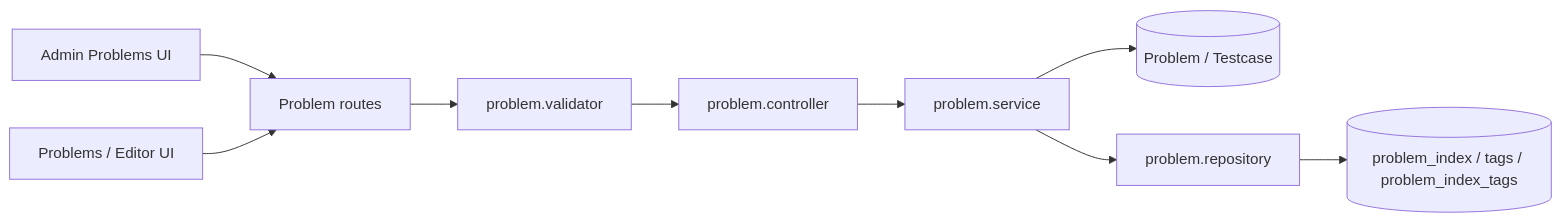
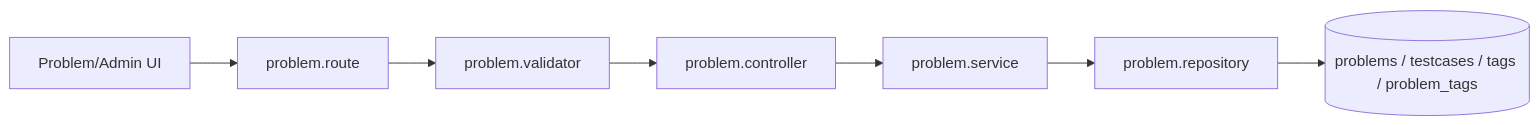
Before and after one commit to JamesHarrision/fessior-oj-backend: the second of 8 diagrams in docs/feature-flows.md, drawn with Mermaid. The commit also changed other lines of this file and 15 other files, not shown here.

Commit message:
docs: document simplified mysql architecture

````diff
--- a/docs/feature-flows.md
+++ b/docs/feature-flows.md
@@ -43,11 +33,9 @@
 ```mermaid
 flowchart LR
-  AdminFE[Admin Problems UI] --> API[Problem routes]
-  UserFE[Problems / Editor UI] --> API
+  FE[Problem/Admin UI] --> API[problem.route]
   API --> Validator[problem.validator]
   Validator --> Controller[problem.controller]
   Controller --> Service[problem.service]
-  Service --> Mongo[(Problem / Testcase)]
   Service --> Repo[problem.repository]
-  Repo --> MySQL[(problem_index / tags / problem_index_tags)]
+  Repo --> MySQL[(problems / testcases / tags / problem_tags)]
 ```
````
